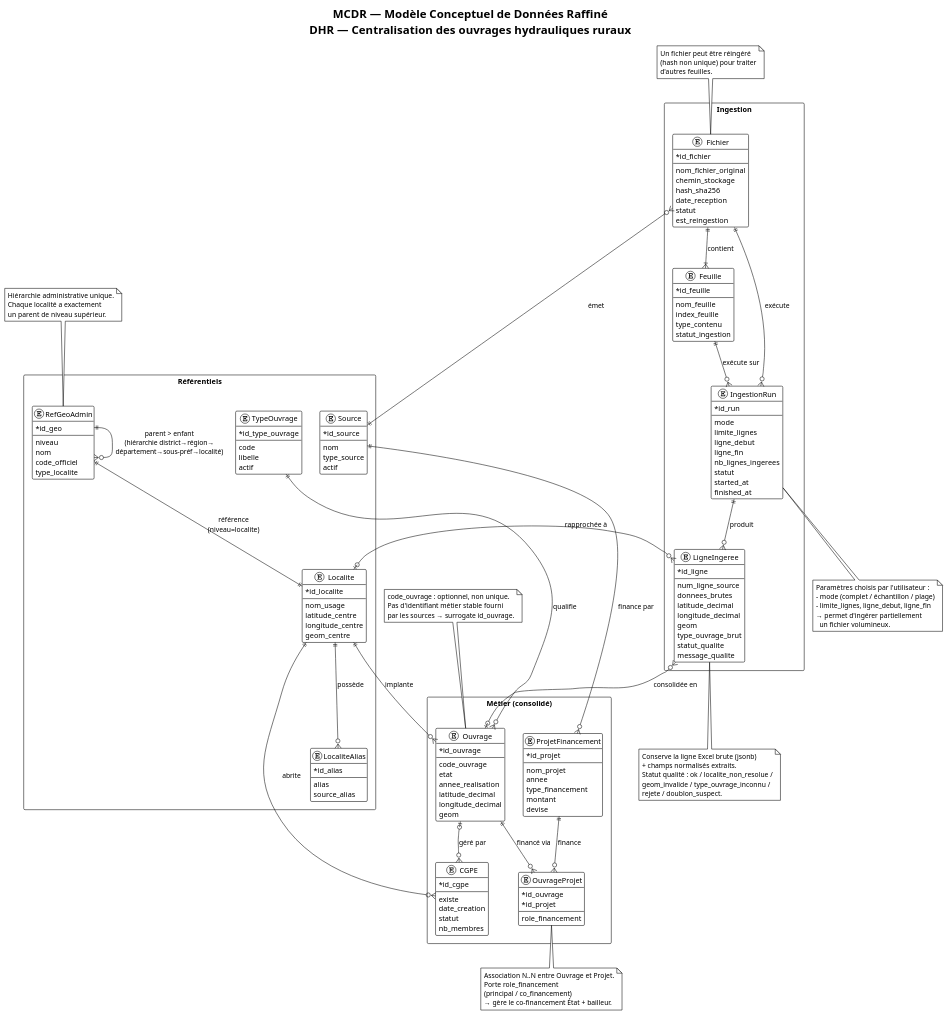
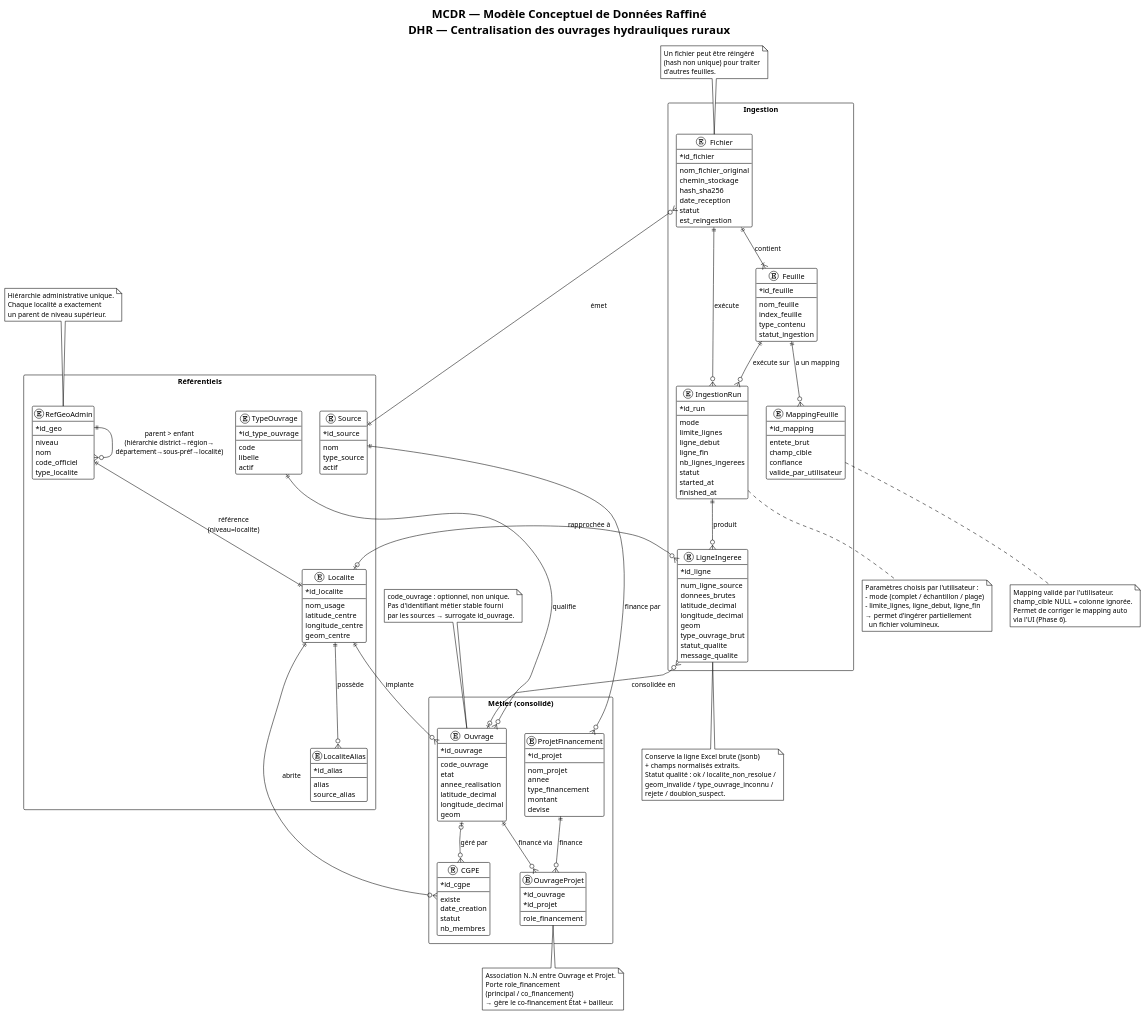
Before and after one commit to angetraore-dev/dhr: the diagram in docs/MCDR.puml, drawn with PlantUML. The commit also changed 23 other files, not shown here.

```diff
--- a/docs/MCDR.puml
+++ b/docs/MCDR.puml
@@ -74,6 +74,15 @@
         index_feuille
         type_contenu
         statut_ingestion
+    }
+
+    entity "MappingFeuille" as MAPPING {
+        * id_mapping
+        --
+        entete_brut
+        champ_cible
+        confiance
+        valide_par_utilisateur
     }
 
     entity "IngestionRun" as RUN {
@@ -154,6 +163,7 @@
 ' -- Ingestion
 SOURCE ||--o{ FICHIER : "émet"
 FICHIER ||--|{ FEUILLE : "contient"
+FEUILLE ||--o{ MAPPING : "a un mapping"
 FICHIER ||--o{ RUN : "exécute"
 FEUILLE ||--o{ RUN : "exécute sur"
 RUN ||--o{ LIGNE : "produit"
@@ -211,4 +221,11 @@
   → gère le co-financement État + bailleur.
 end note
 
+note bottom of MAPPING
+  Mapping validé par l'utilisateur.
+  champ_cible NULL = colonne ignorée.
+  Permet de corriger le mapping auto
+  via l'UI (Phase 6).
+end note
+
 @enduml
```
